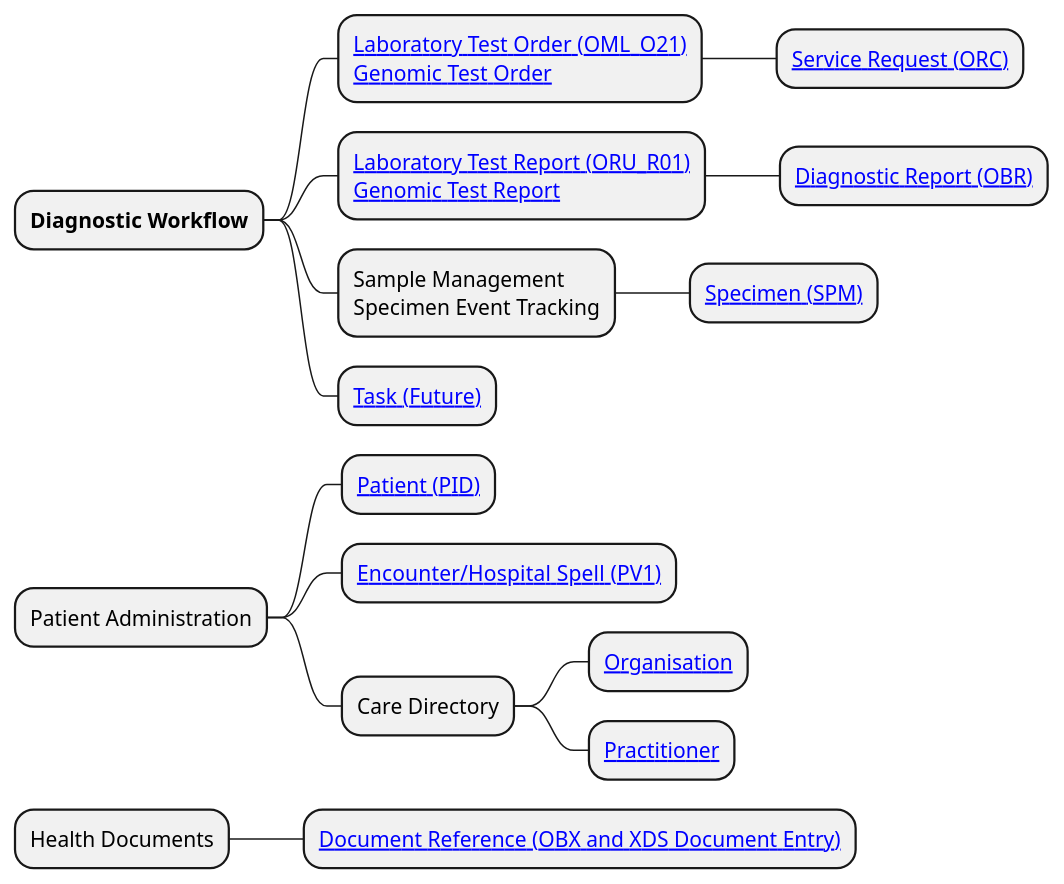
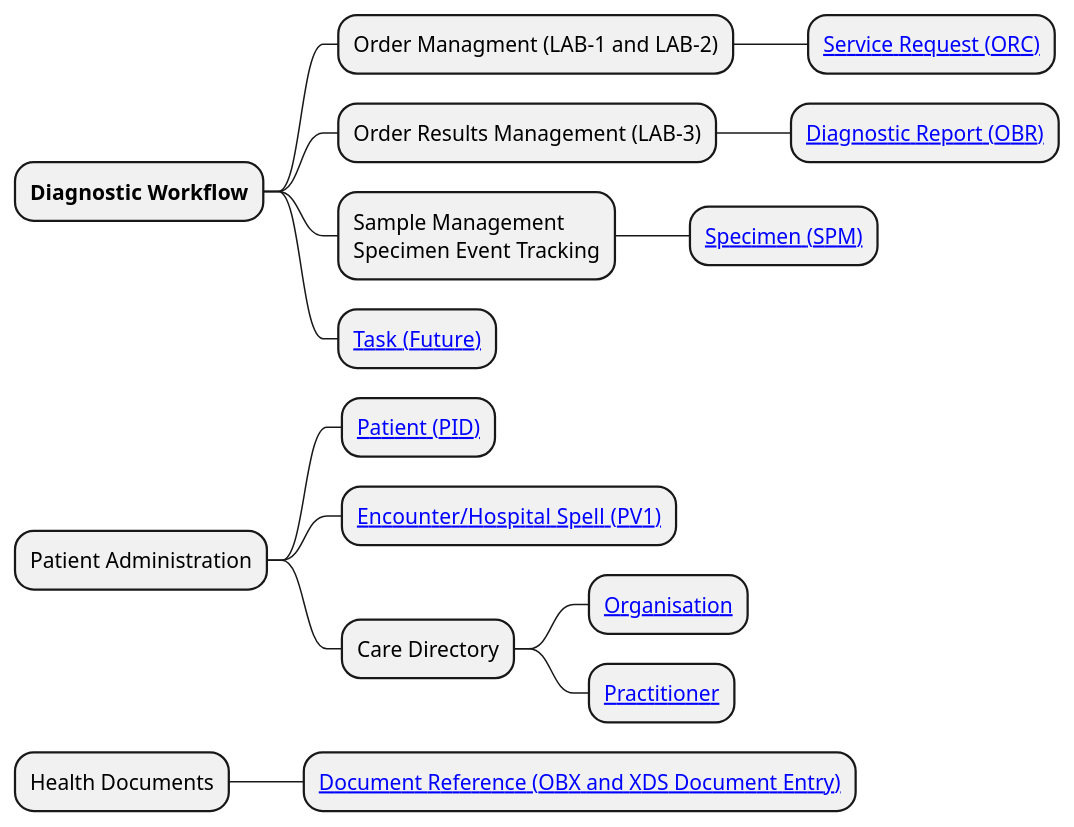
Before and after one commit to nw-gmsa/nw-gmsa.github.com: the diagram in input/images-source/Diagnostic-Workflow-mindmap.plantuml, drawn with PlantUML. The commit also changed 3 other files, not shown here.

```diff
--- a/input/images-source/Diagnostic-Workflow-mindmap.plantuml
+++ b/input/images-source/Diagnostic-Workflow-mindmap.plantuml
@@ -1,21 +1,21 @@
 @startmindmap
 
 
 *  <b>Diagnostic Workflow</b>
-** [[Questionnaire-GenomicTestOrder.html Laboratory Test Order (OML_O21)\nGenomic Test Order]]
+** Order Managment (LAB-1 and LAB-2)
 *** [[StructureDefinition-ServiceRequest.html Service Request (ORC)]]
-** [[GenomicTestReport.html Laboratory Test Report (ORU_R01)\nGenomic Test Report]]
+** Order Results Management (LAB-3)
 *** [[StructureDefinition-DiagnosticReport.html Diagnostic Report (OBR)]]
 ** Sample Management\nSpecimen Event Tracking
 *** [[StructureDefinition-Specimen.html Specimen (SPM)]]
 ** [[StructureDefinition-Task.html Task (Future)]]
 * Patient Administration
 ** [[StructureDefinition-Patient.html Patient (PID)]]
 ** [[StructureDefinition-HospitalSpell.html Encounter/Hospital Spell  (PV1)]]
 ** Care Directory
 *** [[StructureDefinition-Organization.html Organisation]]
 *** [[StructureDefinition-Practitioner.html Practitioner]]
 * Health Documents
 ** [[StructureDefinition-DocumentReference.html Document Reference (OBX and XDS Document Entry)]]
 
 @endmindmap
```
